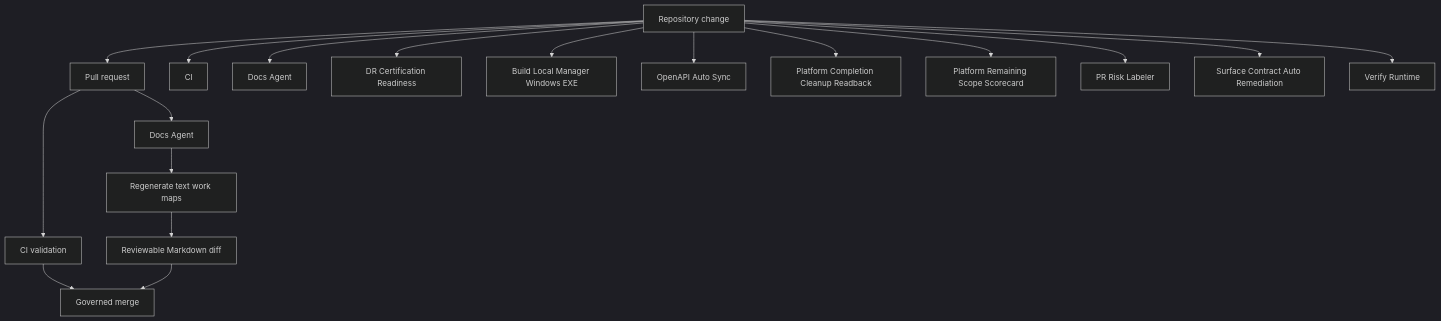
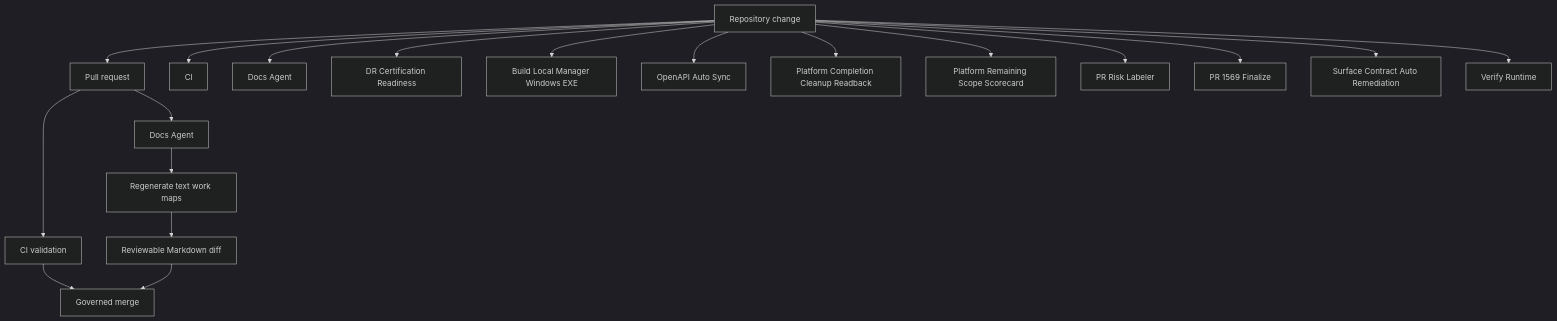
Before and after one commit to mad4bdigital-ai/multi-business-multi-role-growth-intelligence-os: the diagram in docs/work-maps/repository-automation-map.md, drawn with Mermaid (dark theme). The commit also changed other lines of this file and 81 other files, not shown here.

````diff
--- a/docs/work-maps/repository-automation-map.md
+++ b/docs/work-maps/repository-automation-map.md
@@ -10,30 +10,32 @@
 ```mermaid
 flowchart TD
   Change[Repository change] --> PR[Pull request]
   n_CI["CI"]
   n_Docs_Agent["Docs Agent"]
   n_DR_Certification_Readiness["DR Certification Readiness"]
   n_Build_Local_Manager_Windows_EXE["Build Local Manager Windows EXE"]
   n_OpenAPI_Auto_Sync["OpenAPI Auto Sync"]
   n_Platform_Completion_Cleanup_Readback["Platform Completion Cleanup Readback"]
   n_Platform_Remaining_Scope_Scorecard["Platform Remaining Scope Scorecard"]
   n_PR_Risk_Labeler["PR Risk Labeler"]
+  n_PR_1569_Finalize["PR 1569 Finalize"]
   n_Surface_Contract_Auto_Remediation["Surface Contract Auto Remediation"]
   n_Verify_Runtime["Verify Runtime"]
   Change --> n_CI
   Change --> n_Docs_Agent
   Change --> n_DR_Certification_Readiness
   Change --> n_Build_Local_Manager_Windows_EXE
   Change --> n_OpenAPI_Auto_Sync
   Change --> n_Platform_Completion_Cleanup_Readback
   Change --> n_Platform_Remaining_Scope_Scorecard
   Change --> n_PR_Risk_Labeler
+  Change --> n_PR_1569_Finalize
   Change --> n_Surface_Contract_Auto_Remediation
   Change --> n_Verify_Runtime
   PR --> CI[CI validation]
   PR --> Docs[Docs Agent]
   Docs --> Maps[Regenerate text work maps]
   Maps --> Review[Reviewable Markdown diff]
   CI --> Merge[Governed merge]
   Review --> Merge
 ```
````
